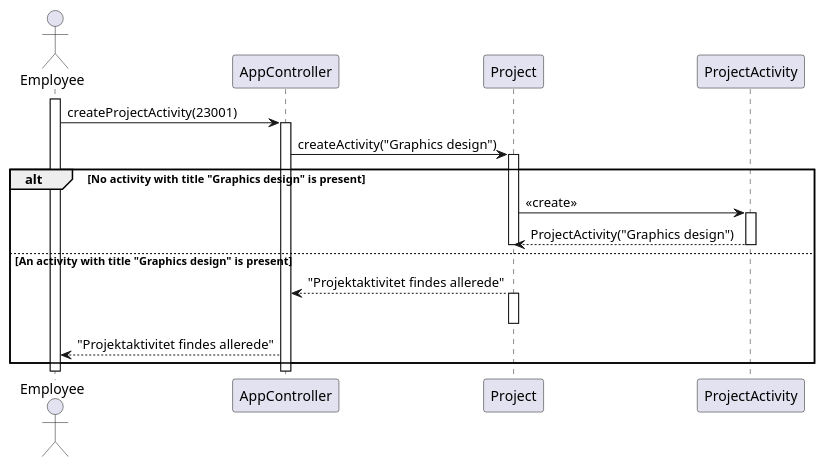
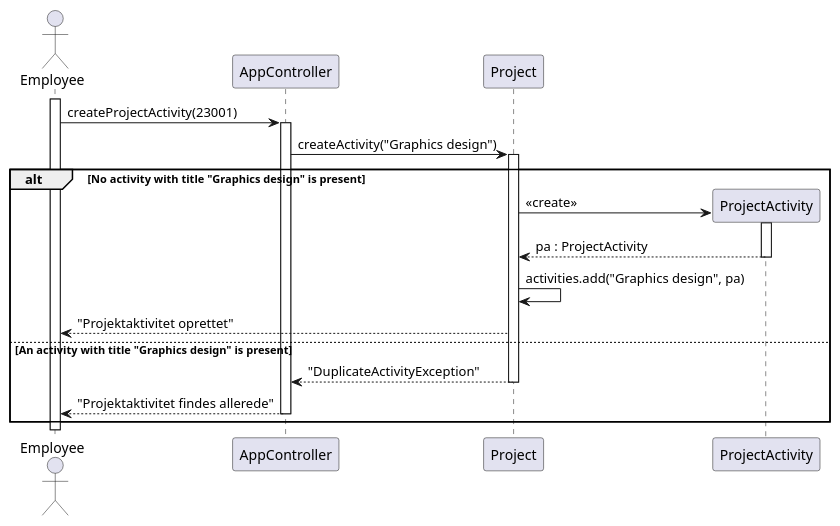
Before and after one commit to rwiuff/02161ExamProject: the diagram in RequirementsAndDesign/SequenceDiagrams/seq_create_activity_no_PL_case1.puml, drawn with PlantUML. The commit also changed 38 other files, not shown here.

Commit message:
Cleanup in graphics

```diff
--- a/RequirementsAndDesign/SequenceDiagrams/seq_create_activity_no_PL_case1.puml
+++ b/RequirementsAndDesign/SequenceDiagrams/seq_create_activity_no_PL_case1.puml
@@ -1,24 +1,25 @@
 @startuml createActivityNoPLCase1
 actor "Employee" as emp
 participant AppController as app
 participant Project as p
 participant ProjectActivity as ppa
 
 activate emp
 emp -> app : createProjectActivity(23001)
 activate app
 app -> p : createActivity("Graphics design")
 activate p
 alt No activity with title "Graphics design" is present
-p -> ppa : <<create>>
+p -> ppa** : <<create>>
 activate ppa
-ppa --> p : ProjectActivity("Graphics design")
+ppa --> p : pa : ProjectActivity
 deactivate ppa
-deactivate p
+p -> p : activities.add("Graphics design", pa)
+p --> emp : "Projektaktivitet oprettet"
 else An activity with title "Graphics design" is present
-p --> app : "Projektaktivitet findes allerede"
-activate p
+p --> app : "DuplicateActivityException"
 deactivate p
 app --> emp : "Projektaktivitet findes allerede"
+deactivate app
 end
 @enduml
```
